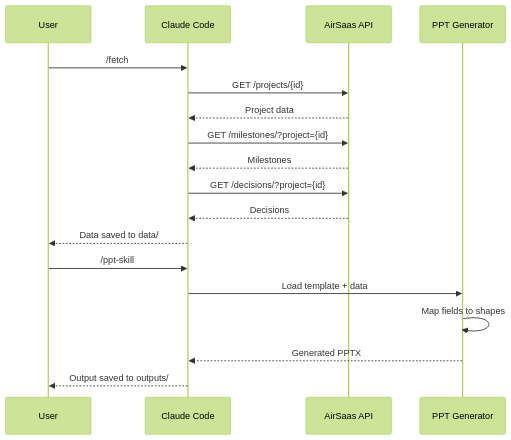
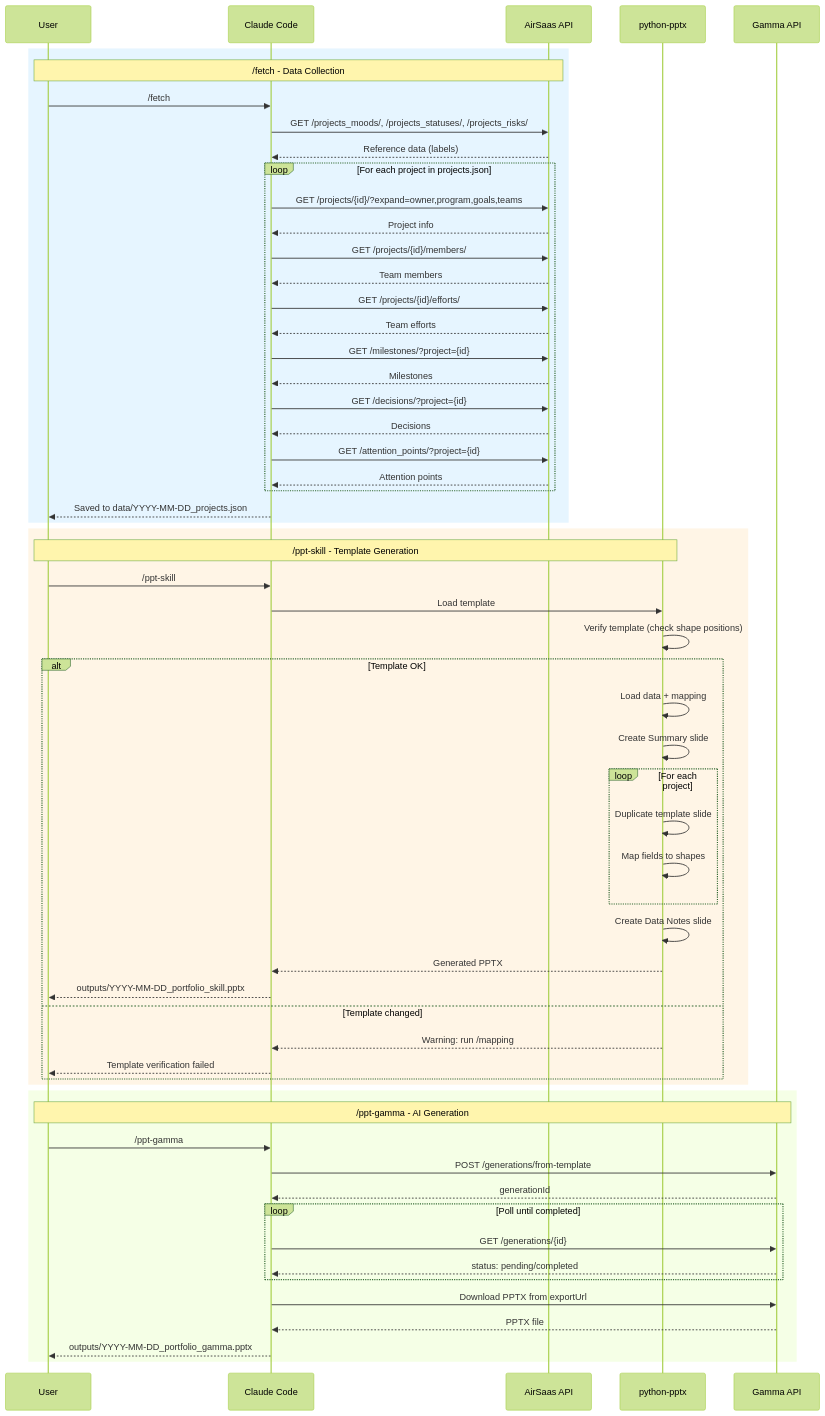
The second of 2 diagrams in README.md (AirSaas/flash-report-custom-airsaas-poc), drawn with Mermaid (forest theme) before and after one commit. The commit also changed other lines of this file and 1 other file, not shown here.

````diff
--- a/README.md
+++ b/README.md
@@ -36,22 +47,65 @@
 ```mermaid
 sequenceDiagram
     participant U as User
     participant C as Claude Code
     participant A as AirSaas API
-    participant P as PPT Generator
+    participant P as python-pptx
+    participant G as Gamma API
 
+    rect rgb(230, 245, 255)
+    Note over U,A: /fetch - Data Collection
     U->>C: /fetch
-    C->>A: GET /projects/{id}
-    A-->>C: Project data
-    C->>A: GET /milestones/?project={id}
-    A-->>C: Milestones
-    C->>A: GET /decisions/?project={id}
-    A-->>C: Decisions
-    C-->>U: Data saved to data/
+    C->>A: GET /projects_moods/, /projects_statuses/, /projects_risks/
+    A-->>C: Reference data (labels)
+    loop For each project in projects.json
+        C->>A: GET /projects/{id}/?expand=owner,program,goals,teams
+        A-->>C: Project info
+        C->>A: GET /projects/{id}/members/
+        A-->>C: Team members
+        C->>A: GET /projects/{id}/efforts/
+        A-->>C: Team efforts
+        C->>A: GET /milestones/?project={id}
+        A-->>C: Milestones
+        C->>A: GET /decisions/?project={id}
+        A-->>C: Decisions
+        C->>A: GET /attention_points/?project={id}
+        A-->>C: Attention points
+    end
+    C-->>U: Saved to data/YYYY-MM-DD_projects.json
+    end
 
+    rect rgb(255, 245, 230)
+    Note over U,P: /ppt-skill - Template Generation
     U->>C: /ppt-skill
-    C->>P: Load template + data
-    P->>P: Map fields to shapes
-    P-->>C: Generated PPTX
-    C-->>U: Output saved to outputs/
+    C->>P: Load template
+    P->>P: Verify template (check shape positions)
+    alt Template OK
+        P->>P: Load data + mapping
+        P->>P: Create Summary slide
+        loop For each project
+            P->>P: Duplicate template slide
+            P->>P: Map fields to shapes
+        end
+        P->>P: Create Data Notes slide
+        P-->>C: Generated PPTX
+        C-->>U: outputs/YYYY-MM-DD_portfolio_skill.pptx
+    else Template changed
+        P-->>C: Warning: run /mapping
+        C-->>U: Template verification failed
+    end
+    end
+
+    rect rgb(245, 255, 230)
+    Note over U,G: /ppt-gamma - AI Generation
+    U->>C: /ppt-gamma
+    C->>G: POST /generations/from-template
+    G-->>C: generationId
+    loop Poll until completed
+        C->>G: GET /generations/{id}
+        G-->>C: status: pending/completed
+    end
+    C->>G: Download PPTX from exportUrl
+    G-->>C: PPTX file
+    C-->>U: outputs/YYYY-MM-DD_portfolio_gamma.pptx
+    end
 ```
````
